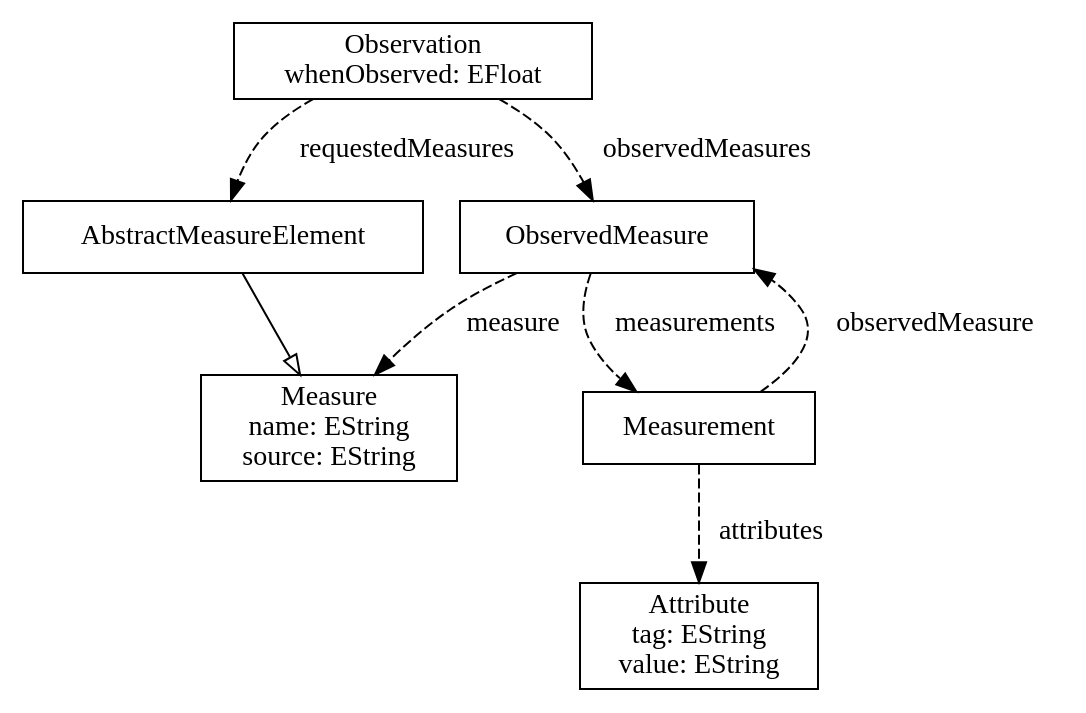
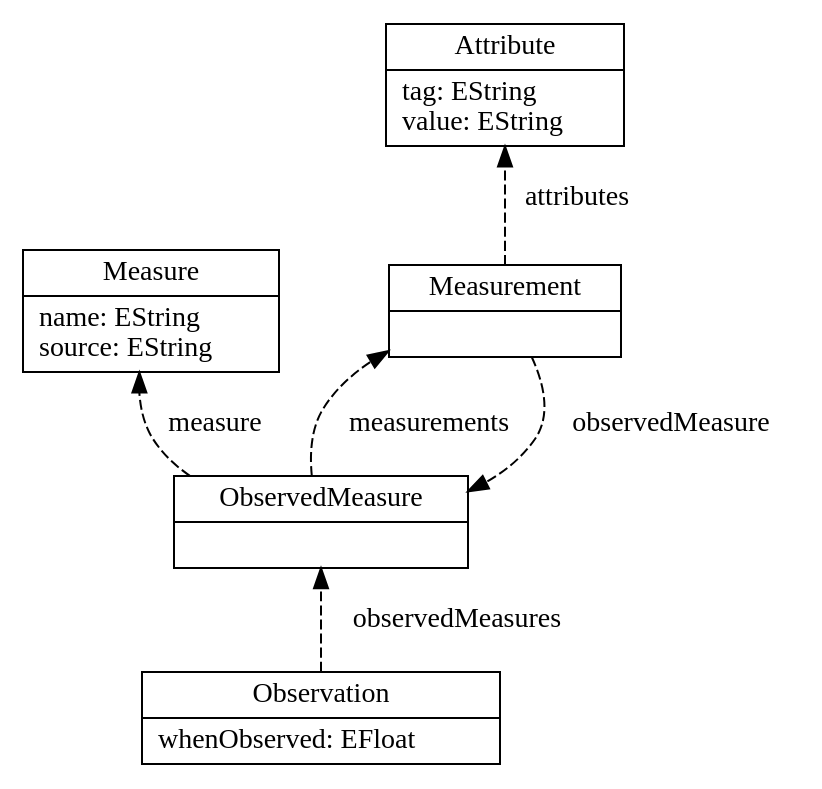
One commit to philippmCode/sensodat changed the diagram in src/metamodel/smm_metamodel.gv. Above: the diagram before and after it, drawn with Graphviz. The commit also changed 4 other files, not shown here.

```diff
--- a/src/metamodel/smm_metamodel.gv
+++ b/src/metamodel/smm_metamodel.gv
@@ -1,24 +1,14 @@
 // smm
 digraph {
-	AbstractMeasureElement [label=AbstractMeasureElement
- shape=box]
-	Observation [label="Observation
-whenObserved: EFloat" shape=box]
-	ObservedMeasure [label=ObservedMeasure
- shape=box]
-	Measure [label="Measure
-name: EString
-source: EString" shape=box]
-	Measurement [label=Measurement
- shape=box]
-	Attribute [label="Attribute
-tag: EString
-value: EString" shape=box]
-	AbstractMeasureElement -> Measure [arrowhead=onormal]
-	Observation -> AbstractMeasureElement [label=requestedMeasures style=dashed]
+	rankdir=BT
+	Observation [label="{Observation|whenObserved: EFloat\l}" shape=record]
+	ObservedMeasure [label="{ObservedMeasure|}" shape=record]
+	Measure [label="{Measure|name: EString\lsource: EString\l}" shape=record]
+	Measurement [label="{Measurement|}" shape=record]
+	Attribute [label="{Attribute|tag: EString\lvalue: EString\l}" shape=record]
 	Observation -> ObservedMeasure [label=observedMeasures style=dashed]
 	ObservedMeasure -> Measure [label=measure style=dashed]
 	ObservedMeasure -> Measurement [label=measurements style=dashed]
 	Measurement -> Attribute [label=attributes style=dashed]
 	Measurement -> ObservedMeasure [label=observedMeasure style=dashed]
 }
```
